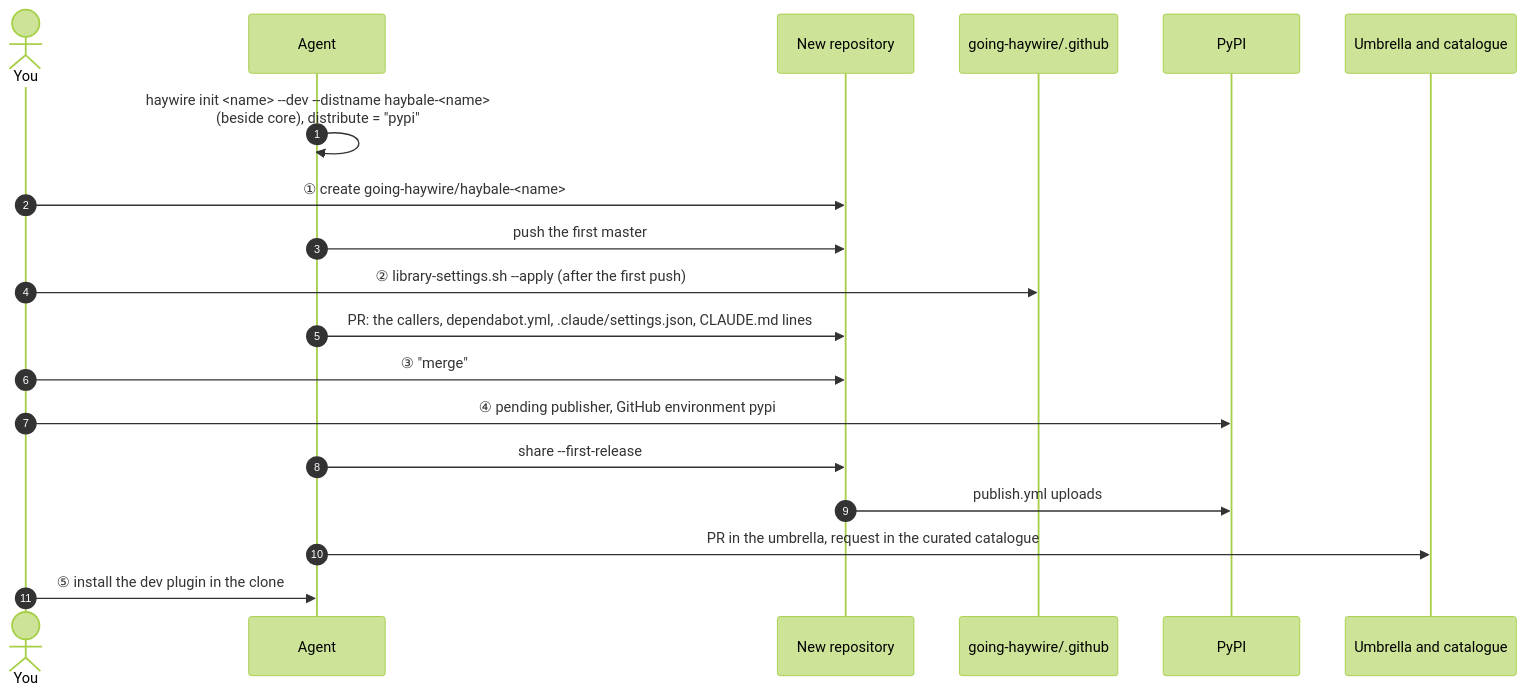
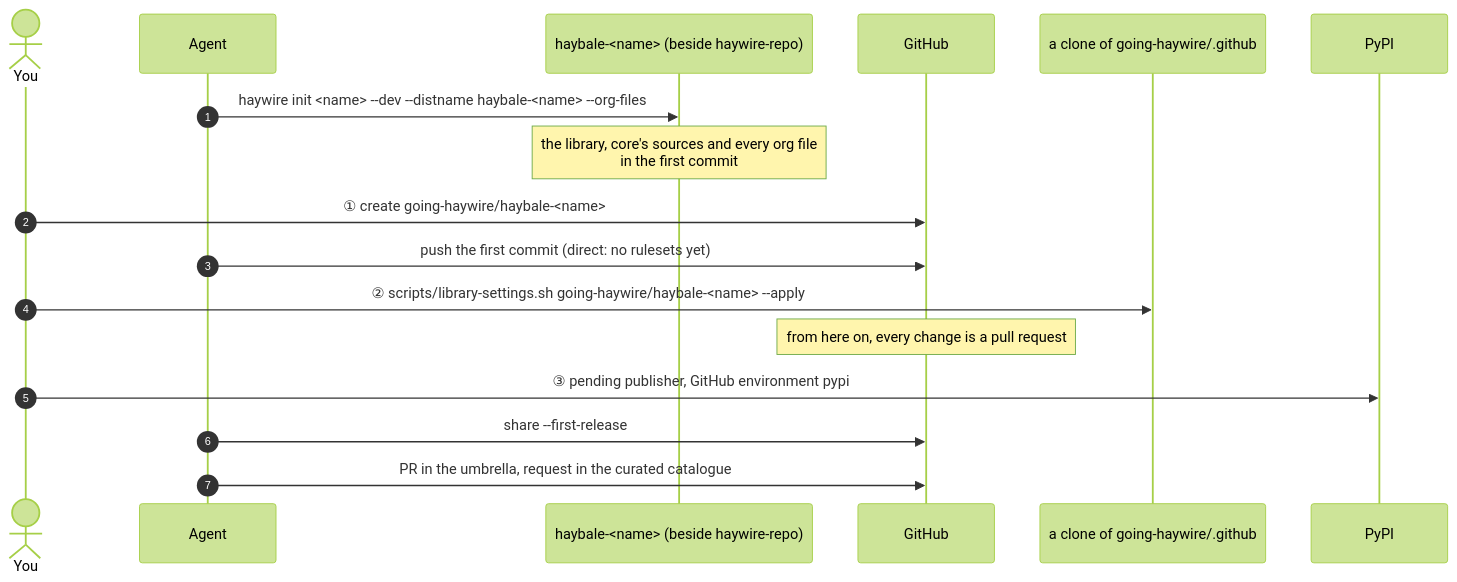
Before and after one commit to going-haywire/haywire: the diagram in docs/collaboration/new-org-library.md, drawn with Mermaid (forest theme). The commit also changed other lines of this file and 20 other files, not shown here.

First line of the commit message:
feat(agents): one command writes an org library's repository files (#224)

````diff
--- a/docs/collaboration/new-org-library.md
+++ b/docs/collaboration/new-org-library.md
@@ -17,22 +21,20 @@
 ```mermaid
 sequenceDiagram
     autonumber
     actor You
     participant Agent
-    participant Repo as New repository
-    participant Org as going-haywire/.github
+    participant Lib as haybale-<name> (beside haywire-repo)
+    participant GH as GitHub
+    participant Org as a clone of going-haywire/.github
     participant PyPI
-    participant Cat as Umbrella and catalogue
 
-    Agent->>Agent: haywire init <name> --dev --distname haybale-<name><br/>(beside core), distribute = "pypi"
-    You->>Repo: ① create going-haywire/haybale-<name>
-    Agent->>Repo: push the first master
-    You->>Org: ② library-settings.sh --apply (after the first push)
-    Agent->>Repo: PR: the callers, dependabot.yml, .claude/settings.json, CLAUDE.md lines
-    You->>Repo: ③ "merge"
-    You->>PyPI: ④ pending publisher, GitHub environment pypi
-    Agent->>Repo: share --first-release
-    Repo->>PyPI: publish.yml uploads
-    Agent->>Cat: PR in the umbrella, request in the curated catalogue
-    You->>Agent: ⑤ install the dev plugin in the clone
+    Agent->>Lib: haywire init <name> --dev --distname haybale-<name> --org-files
+    Note over Lib: the library, core's sources and every org file<br/>in the first commit
+    You->>GH: ① create going-haywire/haybale-<name>
+    Agent->>GH: push the first commit (direct: no rulesets yet)
+    You->>Org: ② scripts/library-settings.sh going-haywire/haybale-<name> --apply
+    Note over GH: from here on, every change is a pull request
+    You->>PyPI: ③ pending publisher, GitHub environment pypi
+    Agent->>GH: share --first-release
+    Agent->>GH: PR in the umbrella, request in the curated catalogue
 ```
````
